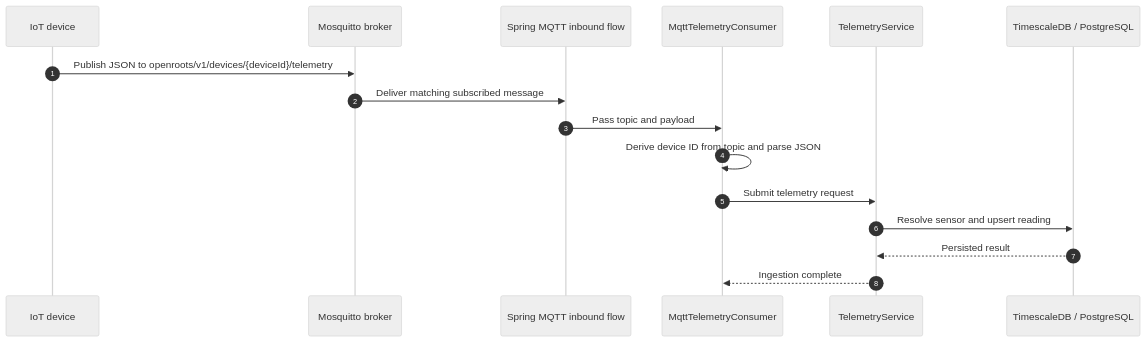
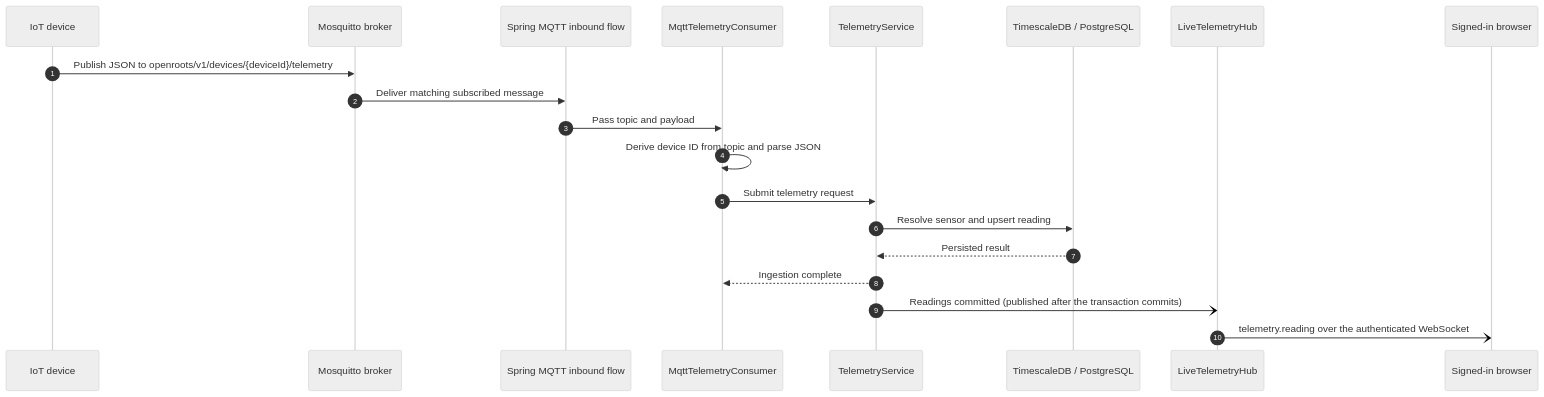
Before and after one commit to Hashu-17/openroots: the diagram in docs/architecture/c4-telemetry-ingestion.md, drawn with Mermaid (neutral theme). The commit also changed other lines of this file and 10 other files, not shown here.

Commit message:
docs: update architecture, product and API docs for sign-in, live telemetry and broker sync

````diff
--- a/docs/architecture/c4-telemetry-ingestion.md
+++ b/docs/architecture/c4-telemetry-ingestion.md
@@ -5,19 +5,23 @@
 ```mermaid
 sequenceDiagram
     autonumber
     participant Device as IoT device
     participant Broker as Mosquitto broker
     participant Adapter as Spring MQTT inbound flow
     participant Consumer as MqttTelemetryConsumer
     participant Service as TelemetryService
     participant Store as TimescaleDB / PostgreSQL
+    participant Hub as LiveTelemetryHub
+    participant Browser as Signed-in browser
 
     Device->>Broker: Publish JSON to openroots/v1/devices/{deviceId}/telemetry
     Broker->>Adapter: Deliver matching subscribed message
     Adapter->>Consumer: Pass topic and payload
     Consumer->>Consumer: Derive device ID from topic and parse JSON
     Consumer->>Service: Submit telemetry request
     Service->>Store: Resolve sensor and upsert reading
     Store-->>Service: Persisted result
     Service-->>Consumer: Ingestion complete
+    Service-)Hub: Readings committed (published after the transaction commits)
+    Hub-)Browser: telemetry.reading over the authenticated WebSocket
 ```
````
